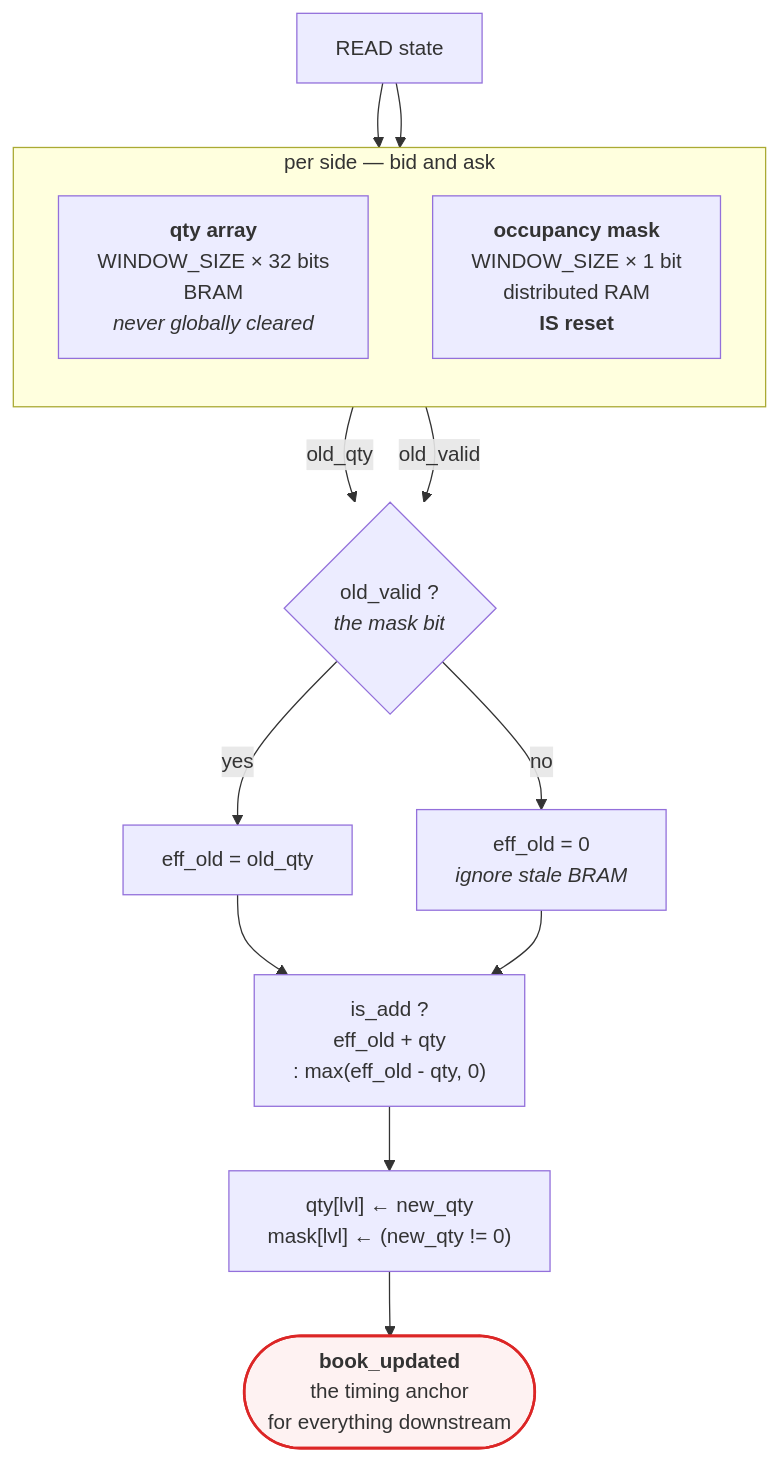
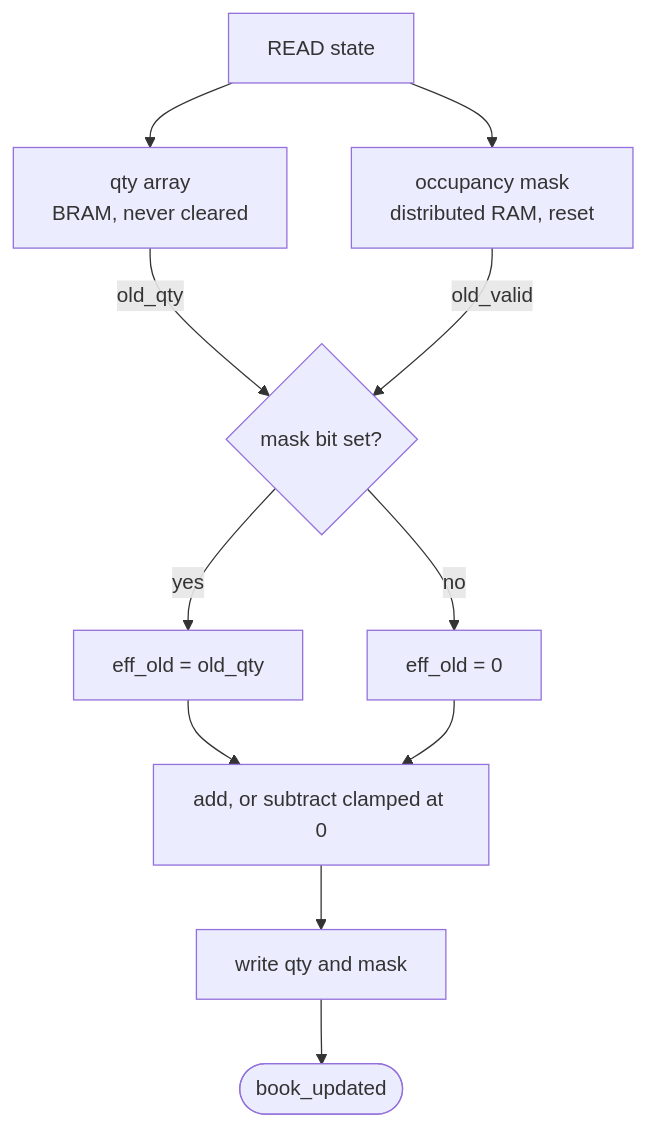
One commit to Rushmello369/fpga-feed-handler changed the fourth of 5 diagrams in docs/diagrams/book_update.md. Above: the diagram before and after it, drawn with Mermaid. The commit also changed other lines of this file and 12 other files, not shown here.

Commit message:
add diagrams for system and module architectures

````diff
--- a/docs/diagrams/book_update.md
+++ b/docs/diagrams/book_update.md
@@ -89,24 +73,14 @@
 ```mermaid
-flowchart TB
-    subgraph SIDE["per side — bid and ask"]
-        direction TB
-        QTY["<b>qty array</b><br/>WINDOW_SIZE × 32 bits<br/>BRAM<br/><i>never globally cleared</i>"]
-        MASK["<b>occupancy mask</b><br/>WINDOW_SIZE × 1 bit<br/>distributed RAM<br/><b>IS reset</b>"]
-    end
-
-    RD["READ state"] --> QTY
-    RD --> MASK
-    QTY -->|old_qty| GATE{"old_valid ?<br/><i>the mask bit</i>"}
+flowchart TD
+    RD[READ state]
+    RD --> QTY[qty array<br/>BRAM, never cleared]
+    RD --> MASK[occupancy mask<br/>distributed RAM, reset]
+    QTY -->|old_qty| GATE{mask bit set?}
     MASK -->|old_valid| GATE
-    GATE -->|yes| USE["eff_old = old_qty"]
-    GATE -->|no| ZERO["eff_old = 0<br/><i>ignore stale BRAM</i>"]
-
-    USE --> CALC
+    GATE -->|yes| USE[eff_old = old_qty]
+    GATE -->|no| ZERO[eff_old = 0]
+    USE --> CALC[add, or subtract clamped at 0]
     ZERO --> CALC
-    CALC["is_add ?<br/>eff_old + qty<br/>: max(eff_old - qty, 0)"]
-    CALC --> WR["qty[lvl] ← new_qty<br/>mask[lvl] ← (new_qty != 0)"]
-    WR --> STROBE(["<b>book_updated</b><br/>the timing anchor<br/>for everything downstream"])
-
-    classDef anchor fill:#fef2f2,stroke:#dc2626,stroke-width:2px
-    class STROBE anchor
+    CALC --> WR[write qty and mask]
+    WR --> STROBE([book_updated])
 ```
````
